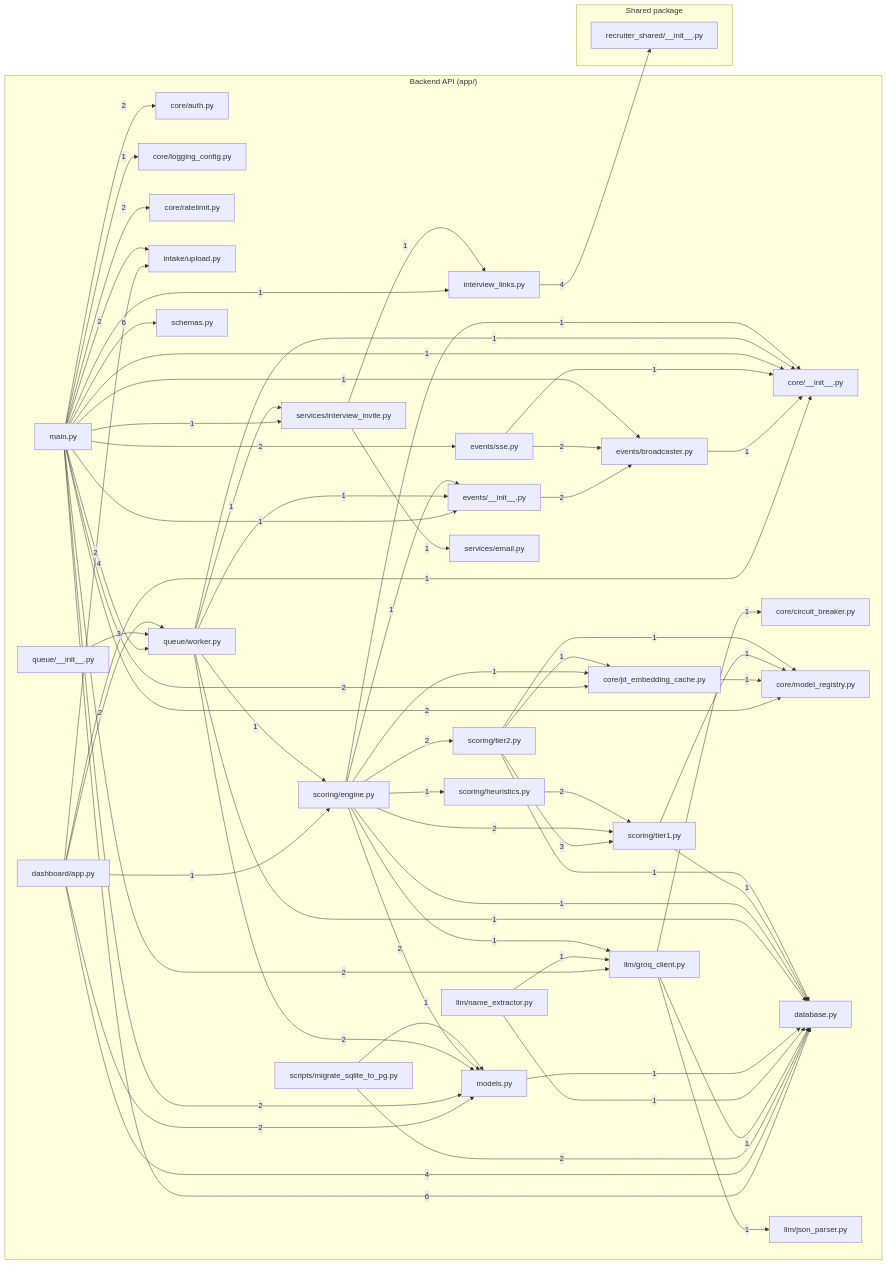
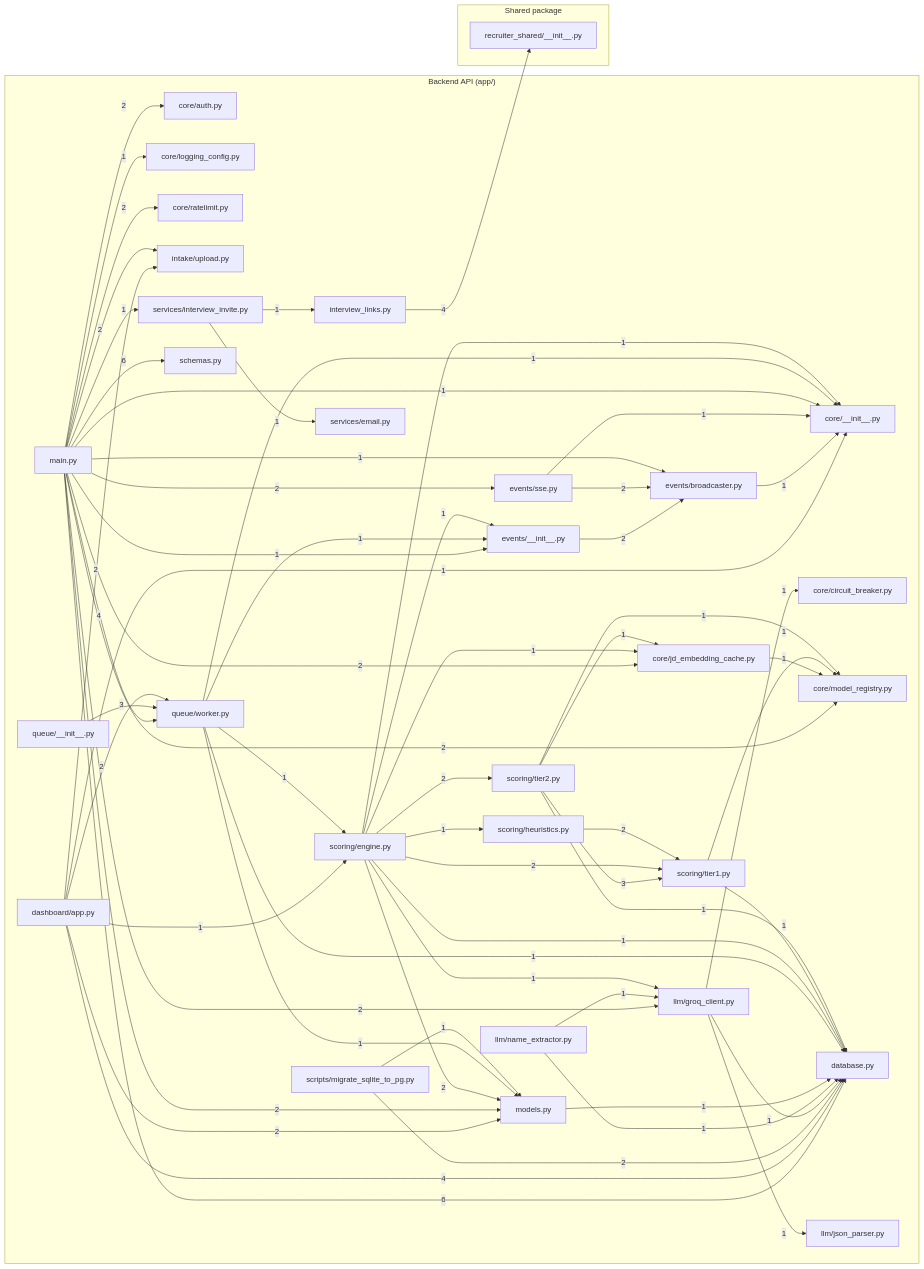
The second of 5 diagrams in MODULE_GRAPH.md (abdulbasit339711-hue/AI_recruiter), drawn with Mermaid before and after one commit. The commit also changed other lines of this file and 85 other files, not shown here.

```diff
--- a/MODULE_GRAPH.md
+++ b/MODULE_GRAPH.md
@@ -196,7 +199,6 @@
   n17 -->|2| n12
   n17 -->|2| n14
   n17 -->|2| n18
-  n20 -->|2| n18
   n22 -->|2| n18
   n22 -->|2| n24
   n22 -->|2| n25
@@ -216,14 +218,13 @@
   n17 -->|1| n4
   n17 -->|1| n9
   n17 -->|1| n10
-  n17 -->|1| n13
   n17 -->|1| n28
   n18 -->|1| n8
   n20 -->|1| n0
   n20 -->|1| n8
   n20 -->|1| n9
+  n20 -->|1| n18
   n20 -->|1| n22
-  n20 -->|1| n28
   n22 -->|1| n0
   n22 -->|1| n3
   n22 -->|1| n8
```
